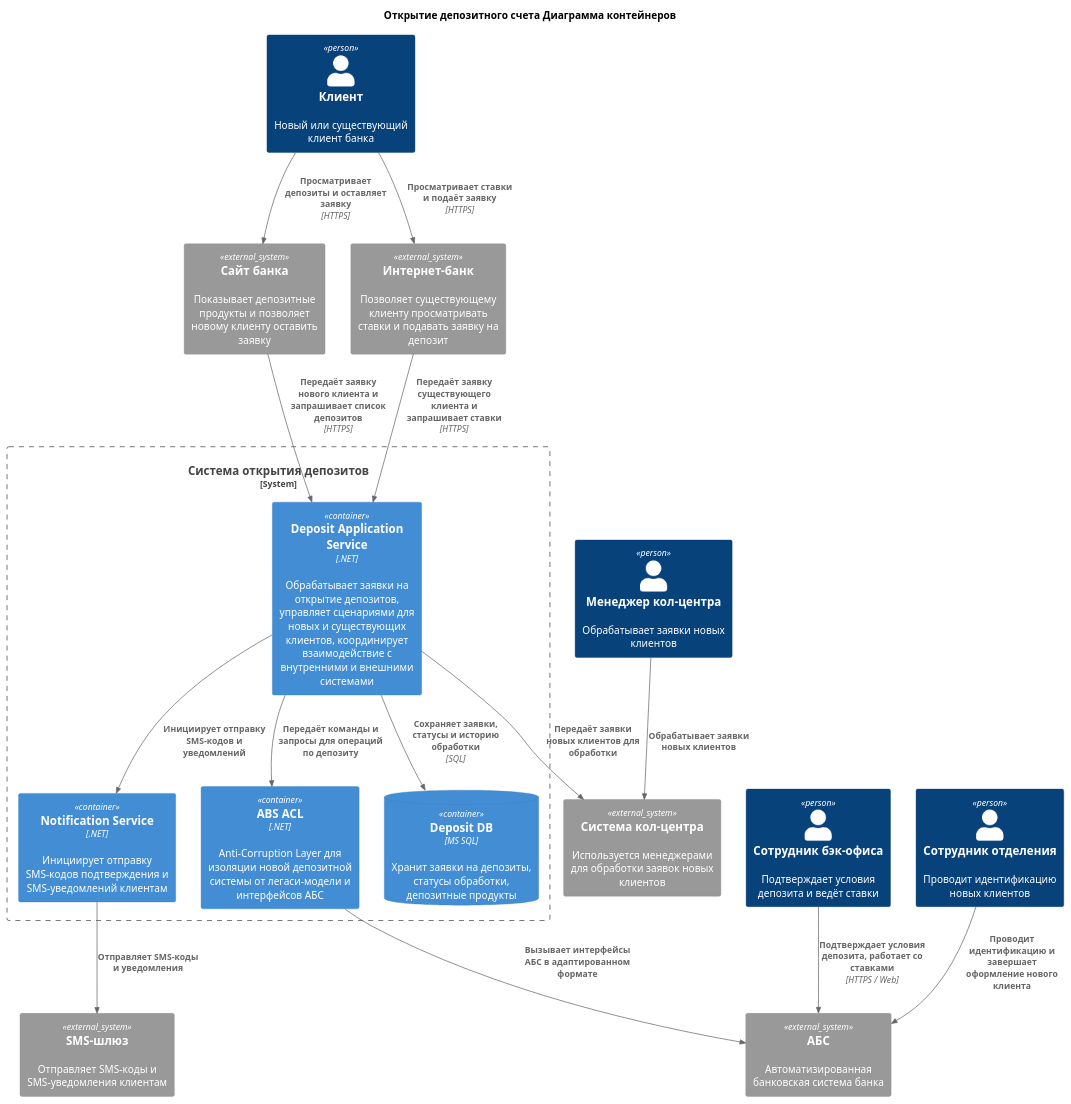
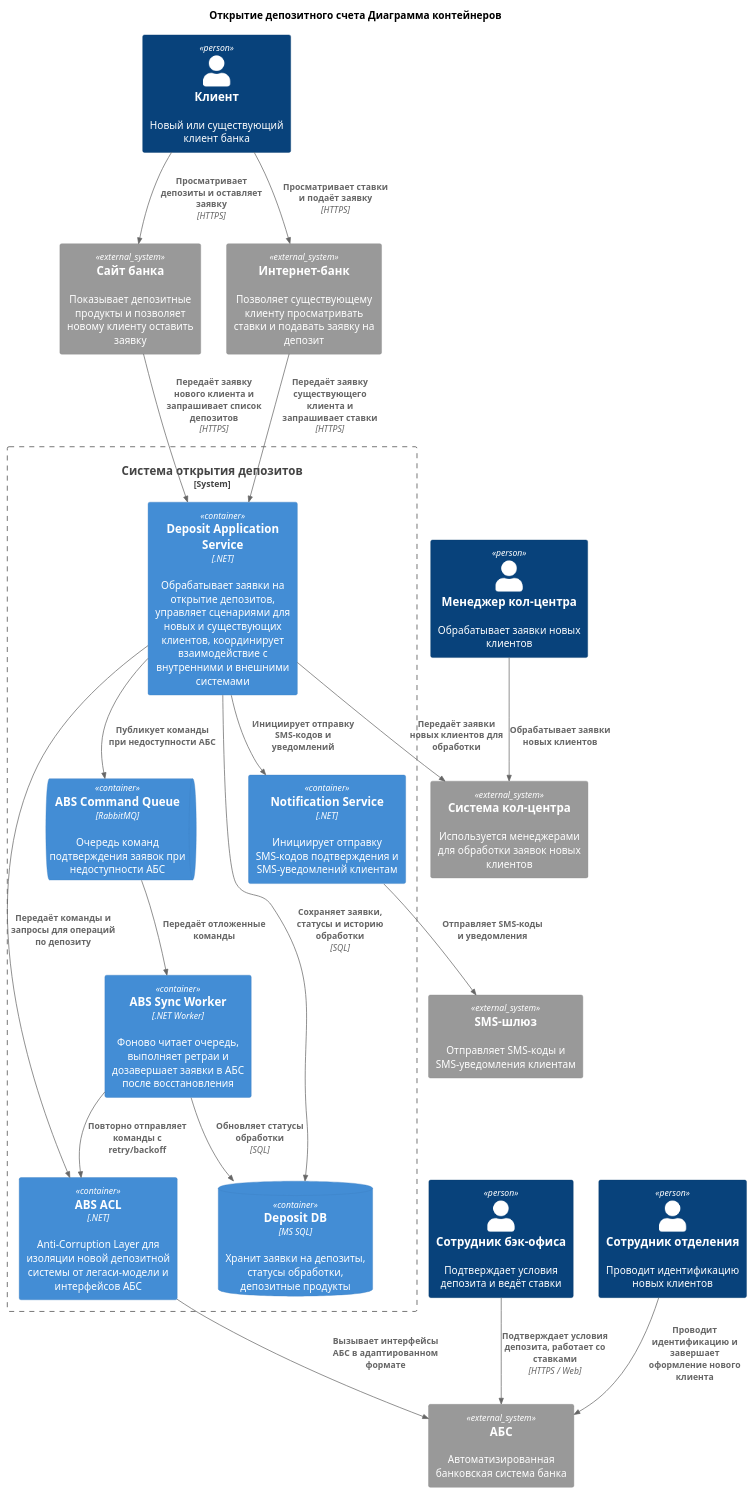
The diagram in Task3/Container/Container.puml (nastarkov/architecture-standart), drawn with PlantUML before and after one commit. The commit also changed other lines of this file and 10 other files, not shown here.

```diff
--- a/Task3/Container/Container.puml
+++ b/Task3/Container/Container.puml
@@ -1,46 +1,54 @@
 @startuml
 title Открытие депозитного счета Диаграмма контейнеров
 
 top to bottom direction
 
 !include C4_Container.puml
 
 Person(client, "Клиент", "Новый или существующий клиент банка")
 Person(callManager, "Менеджер кол-центра", "Обрабатывает заявки новых клиентов")
 Person(backOffice, "Сотрудник бэк-офиса", "Подтверждает условия депозита и ведёт ставки")
 Person(branchEmployee, "Сотрудник отделения", "Проводит идентификацию новых клиентов")
 
 System_Ext(Website, "Сайт банка", "Показывает депозитные продукты и позволяет новому клиенту оставить заявку")
 System_Ext(InternetBank, "Интернет-банк", "Позволяет существующему клиенту просматривать ставки и подавать заявку на депозит")
 System_Ext(CallCenterSystem, "Система кол-центра", "Используется менеджерами для обработки заявок новых клиентов")
 System_Ext(ABS, "АБС", "Автоматизированная банковская система банка")
 System_Ext(SMSGateway, "SMS-шлюз", "Отправляет SMS-коды и SMS-уведомления клиентам")
 
 System_Boundary(DepositMVP, "Система открытия депозитов") { 
     Container(DepositService, "Deposit Application Service", ".NET", "Обрабатывает заявки на открытие депозитов, управляет сценариями для новых и существующих клиентов, координирует взаимодействие с внутренними и внешними системами")
     
     Container(NotificationService, "Notification Service", ".NET", "Инициирует отправку SMS-кодов подтверждения и SMS-уведомлений клиентам")
     
     Container(ABSACL, "ABS ACL", ".NET", "Anti-Corruption Layer для изоляции новой депозитной системы от легаси-модели и интерфейсов АБС")
+
+    ContainerQueue(ABSCommandQueue, "ABS Command Queue", "RabbitMQ", "Очередь команд подтверждения заявок при недоступности АБС")
+
+    Container(ABSSyncWorker, "ABS Sync Worker", ".NET Worker", "Фоново читает очередь, выполняет ретраи и дозавершает заявки в АБС после восстановления")
     
     ContainerDb(DepositDb, "Deposit DB", "MS SQL", "Хранит заявки на депозиты, статусы обработки, депозитные продукты")
 }
 
 Rel(client, Website, "Просматривает депозиты и оставляет заявку", "HTTPS")
 Rel(client, InternetBank, "Просматривает ставки и подаёт заявку", "HTTPS")
 Rel(callManager, CallCenterSystem, "Обрабатывает заявки новых клиентов")
 Rel(backOffice, ABS, "Подтверждает условия депозита, работает со ставками", "HTTPS / Web")
 Rel(branchEmployee, ABS, "Проводит идентификацию и завершает оформление нового клиента")
 
 Rel(Website, DepositService, "Передаёт заявку нового клиента и запрашивает список депозитов", "HTTPS")
 Rel(InternetBank, DepositService, "Передаёт заявку существующего клиента и запрашивает ставки", "HTTPS")
 
 Rel(DepositService, NotificationService, "Инициирует отправку SMS-кодов и уведомлений")
 Rel(DepositService, ABSACL, "Передаёт команды и запросы для операций по депозиту")
+Rel(DepositService, ABSCommandQueue, "Публикует команды при недоступности АБС")
 Rel(DepositService, DepositDb, "Сохраняет заявки, статусы и историю обработки", "SQL")
 
 Rel(DepositService, CallCenterSystem, "Передаёт заявки новых клиентов для обработки")
+Rel(ABSCommandQueue, ABSSyncWorker, "Передаёт отложенные команды")
+Rel(ABSSyncWorker, ABSACL, "Повторно отправляет команды с retry/backoff")
+Rel(ABSSyncWorker, DepositDb, "Обновляет статусы обработки", "SQL")
 Rel(ABSACL, ABS, "Вызывает интерфейсы АБС в адаптированном формате")
 Rel(NotificationService, SMSGateway, "Отправляет SMS-коды и уведомления")
 
 @enduml
```
